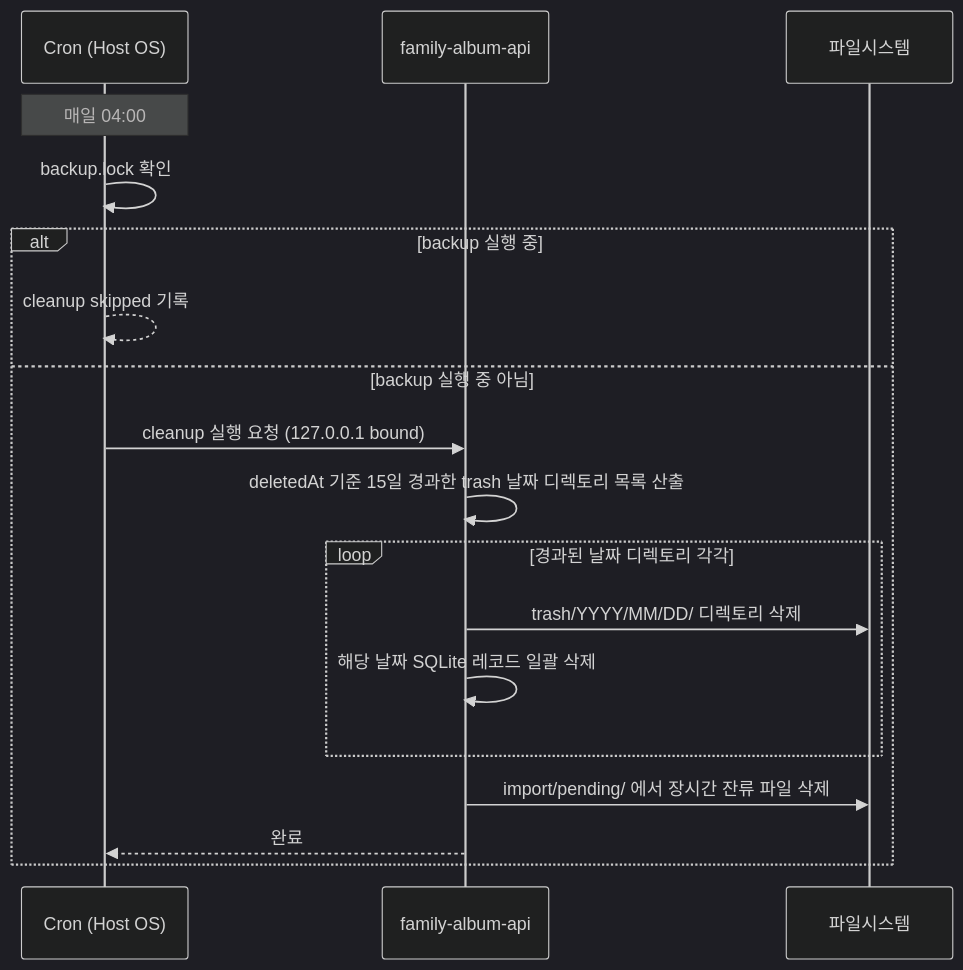
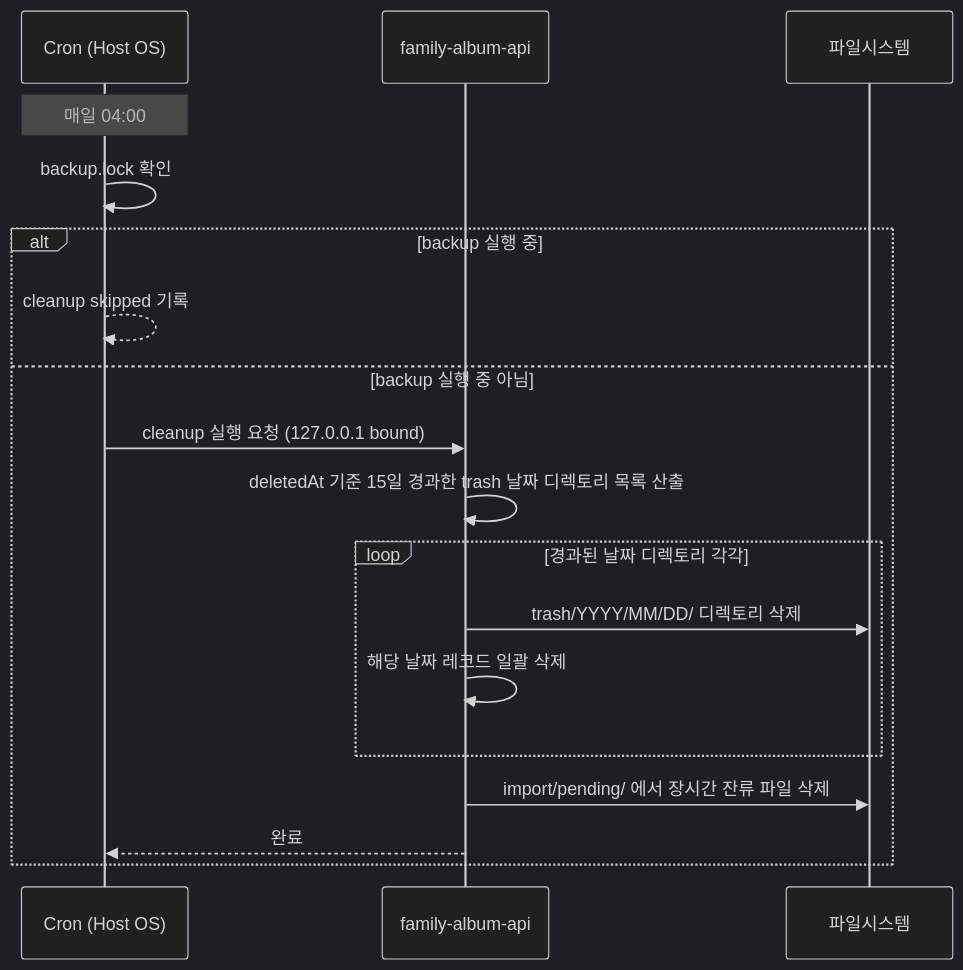
The fifth of 6 diagrams in docs/architecture/system/overview.md (kass1693/family-archive-appliance), drawn with Mermaid (dark theme) before and after one commit. The commit also changed other lines of this file and 3 other files, not shown here.

````diff
--- a/docs/architecture/system/overview.md
+++ b/docs/architecture/system/overview.md
@@ -396,22 +395,22 @@
 ```mermaid
 sequenceDiagram
     participant cron as Cron (Host OS)
     participant api as family-album-api
     participant fs as 파일시스템
 
     Note over cron: 매일 04:00
 
     cron->>cron: backup.lock 확인
     alt backup 실행 중
         cron-->>cron: cleanup skipped 기록
     else backup 실행 중 아님
         cron->>api: cleanup 실행 요청 (127.0.0.1 bound)
         api->>api: deletedAt 기준 15일 경과한 trash 날짜 디렉토리 목록 산출
         loop 경과된 날짜 디렉토리 각각
             api->>fs: trash/YYYY/MM/DD/ 디렉토리 삭제
-            api->>api: 해당 날짜 SQLite 레코드 일괄 삭제
+            api->>api: 해당 날짜 레코드 일괄 삭제
         end
         api->>fs: import/pending/ 에서 장시간 잔류 파일 삭제
         api-->>cron: 완료
     end
 ```
````
